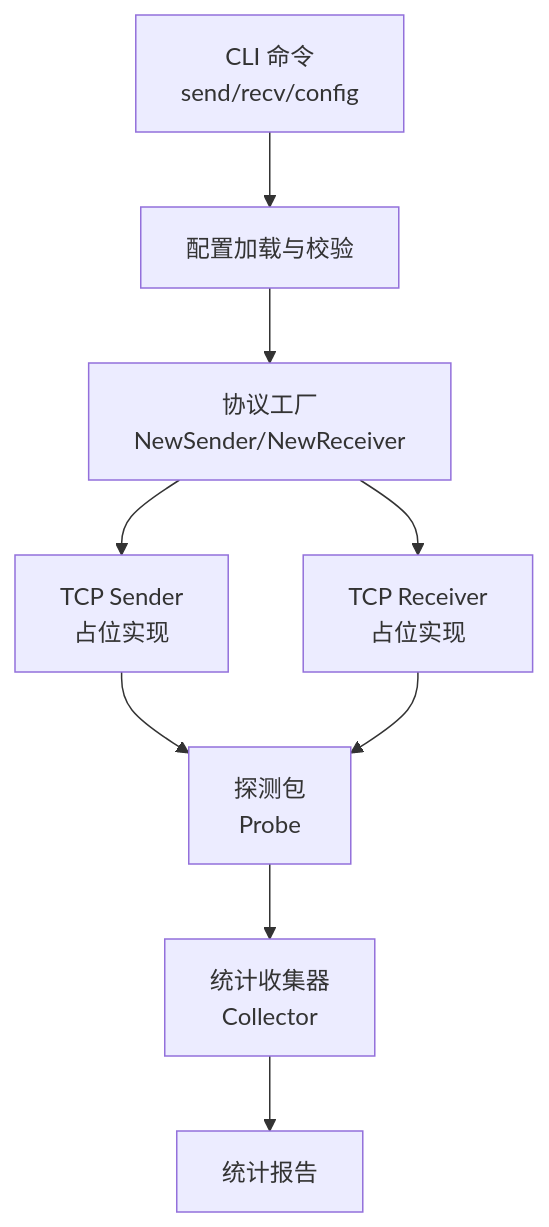
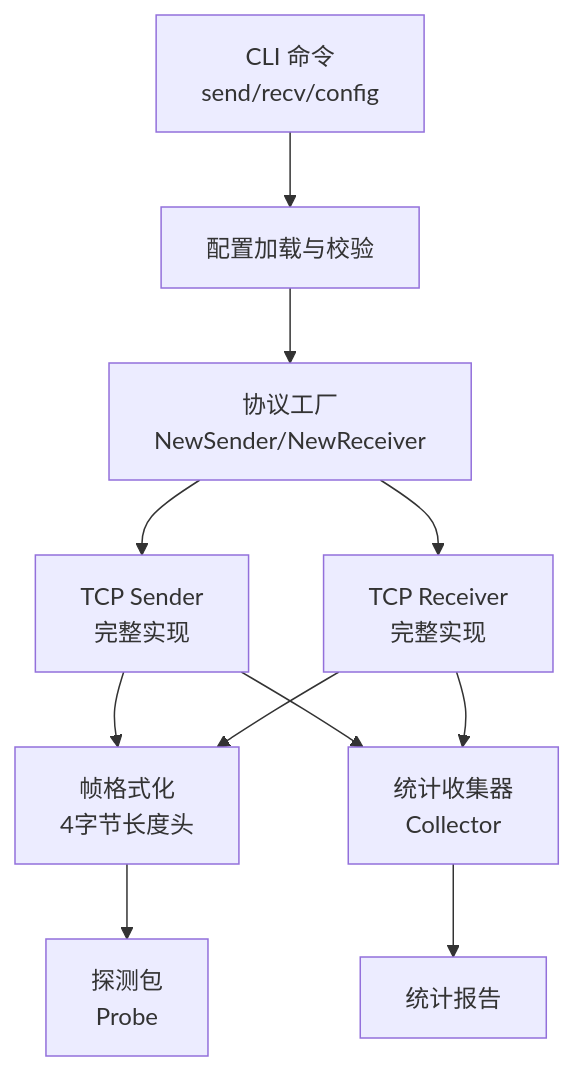
Before and after one commit to yanzhen74/ping-x: the second of 8 diagrams in .qoder/repowiki/zh/content/网络协议支持/TCP 协议测试.md, drawn with Mermaid. The commit also changed other lines of this file and 16 other files, not shown here.

````diff
--- a/.qoder/repowiki/zh/content/网络协议支持/TCP 协议测试.md
+++ b/.qoder/repowiki/zh/content/网络协议支持/TCP 协议测试.md
@@ -124,11 +142,13 @@
 ```mermaid
 graph TB
 CLI["CLI 命令<br/>send/recv/config"] --> CFG["配置加载与校验"]
 CFG --> FACTORY["协议工厂<br/>NewSender/NewReceiver"]
-FACTORY --> TCP_SEND["TCP Sender<br/>占位实现"]
-FACTORY --> TCP_RECV["TCP Receiver<br/>占位实现"]
-TCP_SEND --> PKT["探测包<br/>Probe"]
-TCP_RECV --> PKT
-PKT --> STATS["统计收集器<br/>Collector"]
+FACTORY --> TCP_SEND["TCP Sender<br/>完整实现"]
+FACTORY --> TCP_RECV["TCP Receiver<br/>完整实现"]
+TCP_SEND --> FRAME["帧格式化<br/>4字节长度头"]
+TCP_RECV --> FRAME
+FRAME --> PKT["探测包<br/>Probe"]
+TCP_SEND --> STATS["统计收集器<br/>Collector"]
+TCP_RECV --> STATS
 STATS --> REPORT["统计报告"]
 ```
````
